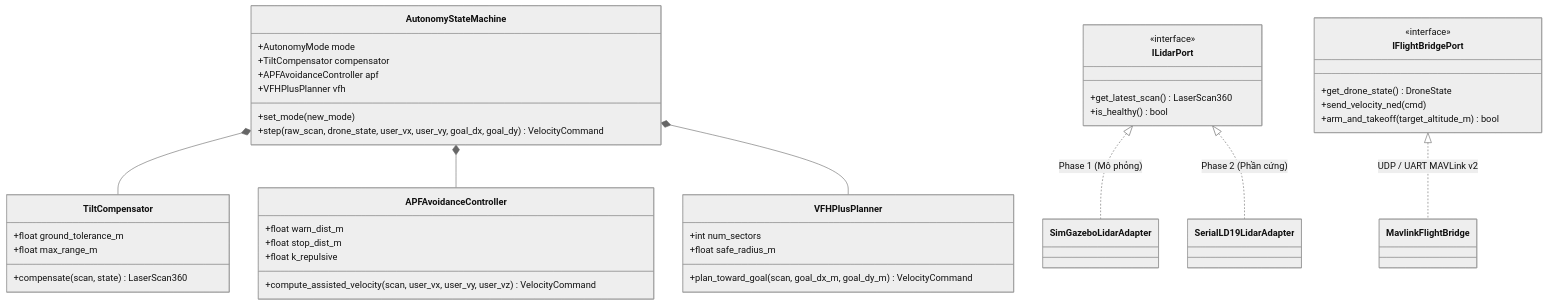
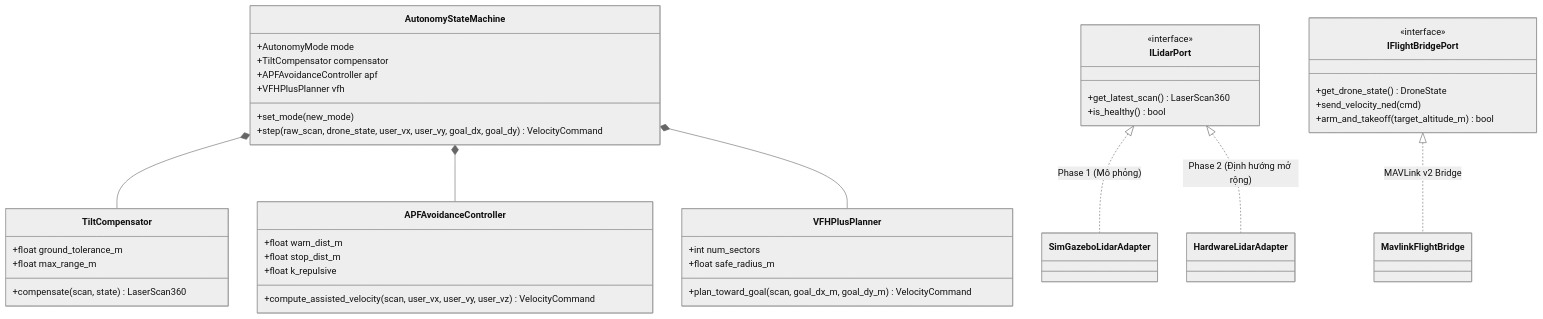
One commit to rcryan-hniht/uav-agri-autonomy changed the third of 3 diagrams in README.md. Above: the diagram before and after it, drawn with Mermaid (neutral theme). The commit also changed other lines of this file and 1 other file, not shown here.

Commit message:
docs: use Tech Stack terminology and keep Phase 2 overview high-level

````diff
--- a/README.md
+++ b/README.md
@@ -107,50 +102,50 @@
 ```mermaid
 classDiagram
     class AutonomyStateMachine {
         +AutonomyMode mode
         +TiltCompensator compensator
         +APFAvoidanceController apf
         +VFHPlusPlanner vfh
         +set_mode(new_mode)
         +step(raw_scan, drone_state, user_vx, user_vy, goal_dx, goal_dy) VelocityCommand
     }
 
     class TiltCompensator {
         +float ground_tolerance_m
         +float max_range_m
         +compensate(scan, state) LaserScan360
     }
 
     class APFAvoidanceController {
         +float warn_dist_m
         +float stop_dist_m
         +float k_repulsive
         +compute_assisted_velocity(scan, user_vx, user_vy, user_vz) VelocityCommand
     }
 
     class VFHPlusPlanner {
         +int num_sectors
         +float safe_radius_m
         +plan_toward_goal(scan, goal_dx_m, goal_dy_m) VelocityCommand
     }
 
     class ILidarPort {
         <<interface>>
         +get_latest_scan() LaserScan360
         +is_healthy() bool
     }
 
     class IFlightBridgePort {
         <<interface>>
         +get_drone_state() DroneState
         +send_velocity_ned(cmd)
         +arm_and_takeoff(target_altitude_m) bool
     }
 
     AutonomyStateMachine *-- TiltCompensator
     AutonomyStateMachine *-- APFAvoidanceController
     AutonomyStateMachine *-- VFHPlusPlanner
     ILidarPort <|.. SimGazeboLidarAdapter : Phase 1 (Mô phỏng)
-    ILidarPort <|.. SerialLD19LidarAdapter : Phase 2 (Phần cứng)
-    IFlightBridgePort <|.. MavlinkFlightBridge : UDP / UART MAVLink v2
+    ILidarPort <|.. HardwareLidarAdapter : Phase 2 (Định hướng mở rộng)
+    IFlightBridgePort <|.. MavlinkFlightBridge : MAVLink v2 Bridge
 ```
````
